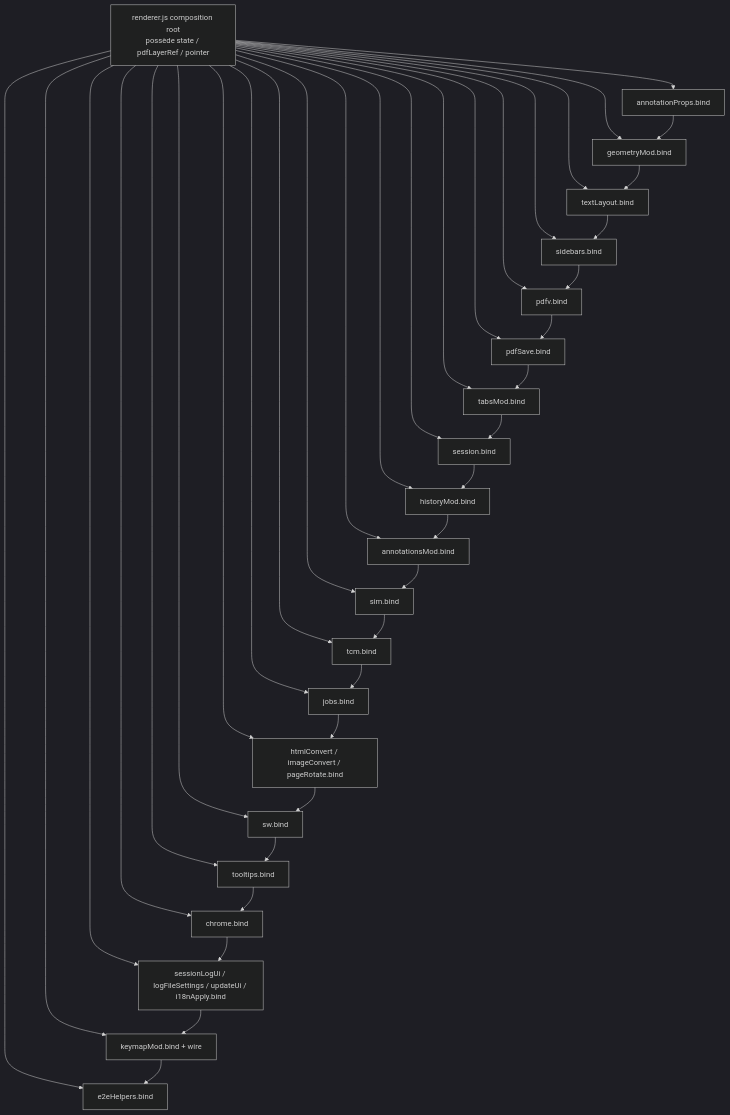
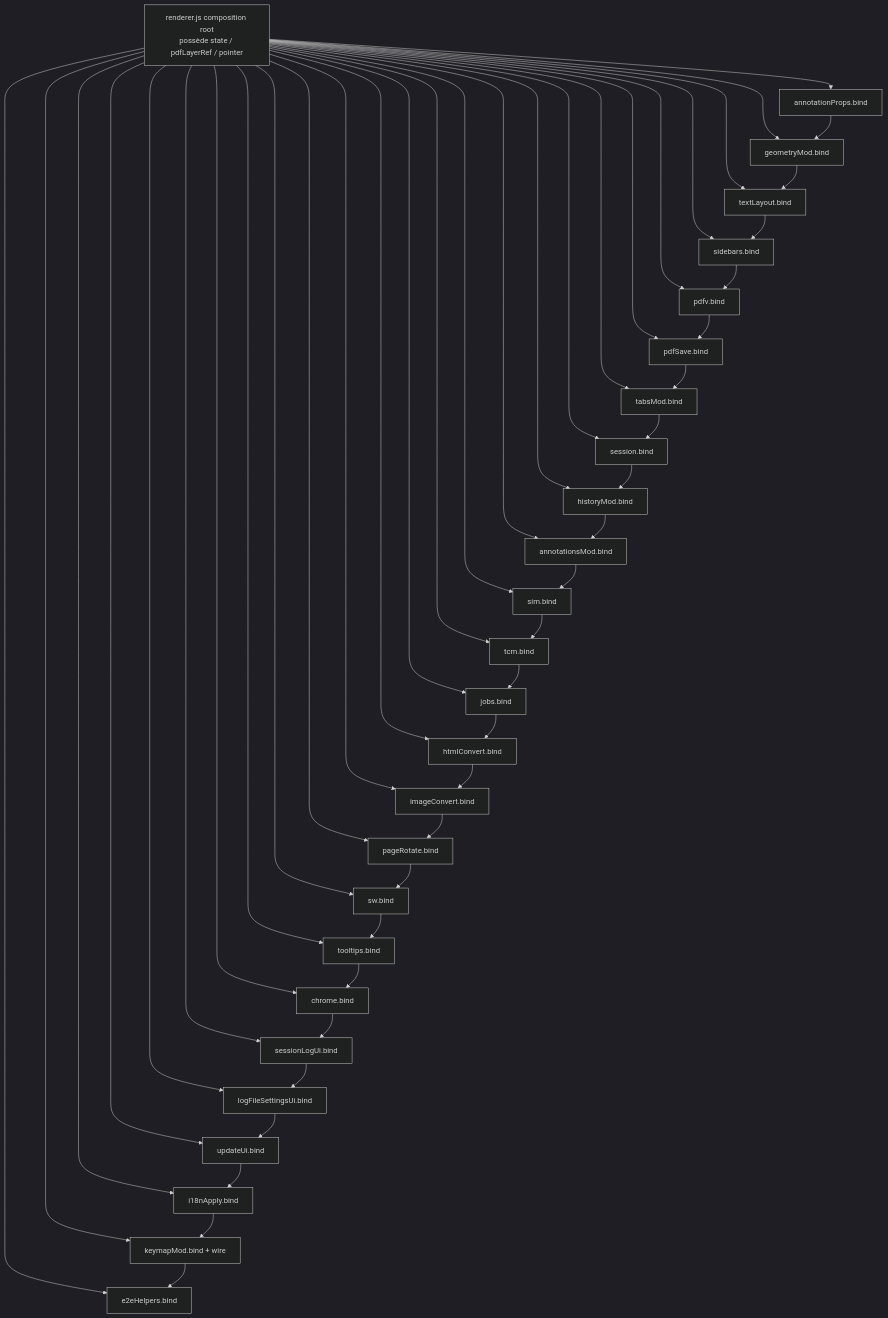
One commit to Matth031/EditraDoc changed the second of 4 diagrams in docs/adr/diagram-renderer-module-deps.md. Above: the diagram before and after it, drawn with Mermaid (dark theme). The commit also changed other lines of this file, not shown here.

````diff
--- a/docs/adr/diagram-renderer-module-deps.md
+++ b/docs/adr/diagram-renderer-module-deps.md
@@ -49,26 +64,32 @@
 ```mermaid
 flowchart TD
   R[renderer.js composition root<br/>possède state / pdfLayerRef / pointer]
   R --> B1[annotationProps.bind]
   R --> B2[geometryMod.bind]
   R --> B3[textLayout.bind]
   R --> B4[sidebars.bind]
   R --> B5[pdfv.bind]
   R --> B6[pdfSave.bind]
   R --> B7[tabsMod.bind]
   R --> B8[session.bind]
   R --> B9[historyMod.bind]
   R --> B10[annotationsMod.bind]
   R --> B11[sim.bind]
   R --> B12[tcm.bind]
   R --> B13[jobs.bind]
-  R --> B14[htmlConvert / imageConvert / pageRotate.bind]
-  R --> B15[sw.bind]
-  R --> B16[tooltips.bind]
-  R --> B17[chrome.bind]
-  R --> B18[sessionLogUi / logFileSettings / updateUi / i18nApply.bind]
-  R --> B19[keymapMod.bind + wire]
-  R --> B20[e2eHelpers.bind]
+  R --> B14[htmlConvert.bind]
+  R --> B15[imageConvert.bind]
+  R --> B16[pageRotate.bind]
+  R --> B17[sw.bind]
+  R --> B18[tooltips.bind]
+  R --> B19[chrome.bind]
+  R --> B20[sessionLogUi.bind]
+  R --> B21[logFileSettingsUi.bind]
+  R --> B22[updateUi.bind]
+  R --> B23[i18nApply.bind]
+  R --> B24[keymapMod.bind + wire]
+  R --> B25[e2eHelpers.bind]
   B1 --> B2 --> B3 --> B4 --> B5 --> B6 --> B7 --> B8 --> B9 --> B10
-  B10 --> B11 --> B12 --> B13 --> B14 --> B15 --> B16 --> B17 --> B18 --> B19 --> B20
+  B10 --> B11 --> B12 --> B13 --> B14 --> B15 --> B16 --> B17 --> B18
+  B18 --> B19 --> B20 --> B21 --> B22 --> B23 --> B24 --> B25
 ```
````
